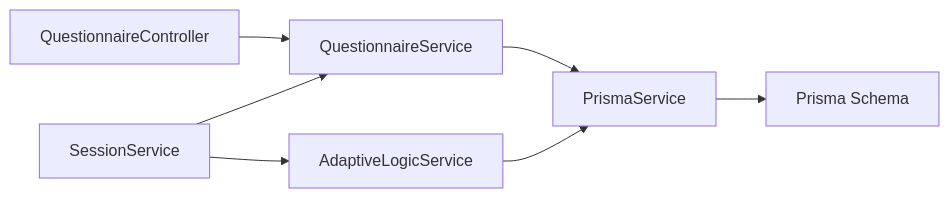
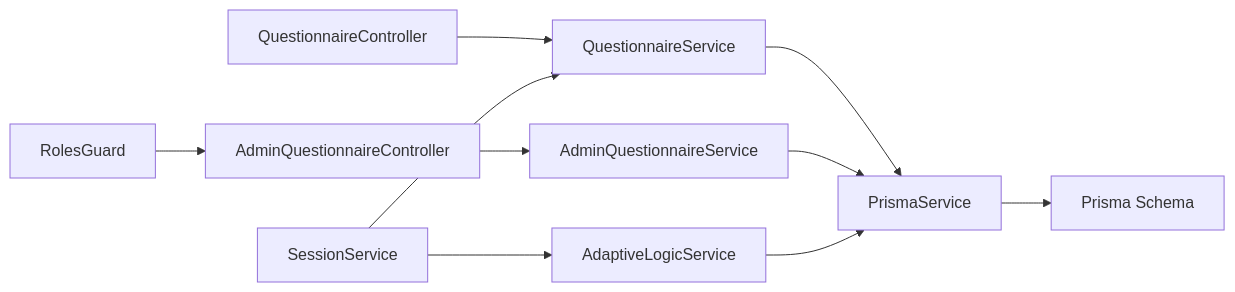
Before and after one commit to Avi-Bendetsky/Quiz-to-build: the eighth of 8 diagrams in .qoder/repowiki/en/content/Core Modules/Questionnaire Module.md, drawn with Mermaid. The commit also changed other lines of this file and 41 other files, not shown here.

````diff
--- a/.qoder/repowiki/en/content/Core Modules/Questionnaire Module.md
+++ b/.qoder/repowiki/en/content/Core Modules/Questionnaire Module.md
@@ -342,9 +546,12 @@
 ```mermaid
 graph LR
 QC["QuestionnaireController"] --> QS["QuestionnaireService"]
+AQC["AdminQuestionnaireController"] --> AQS["AdminQuestionnaireService"]
 QS --> PRISMA["PrismaService"]
+AQS --> PRISMA
 SS["SessionService"] --> QS
 SS --> ALS["AdaptiveLogicService"]
 ALS --> PRISMA
+RG["RolesGuard"] --> AQC
 PRISMA --> SCHEMA["Prisma Schema"]
 ```
````
